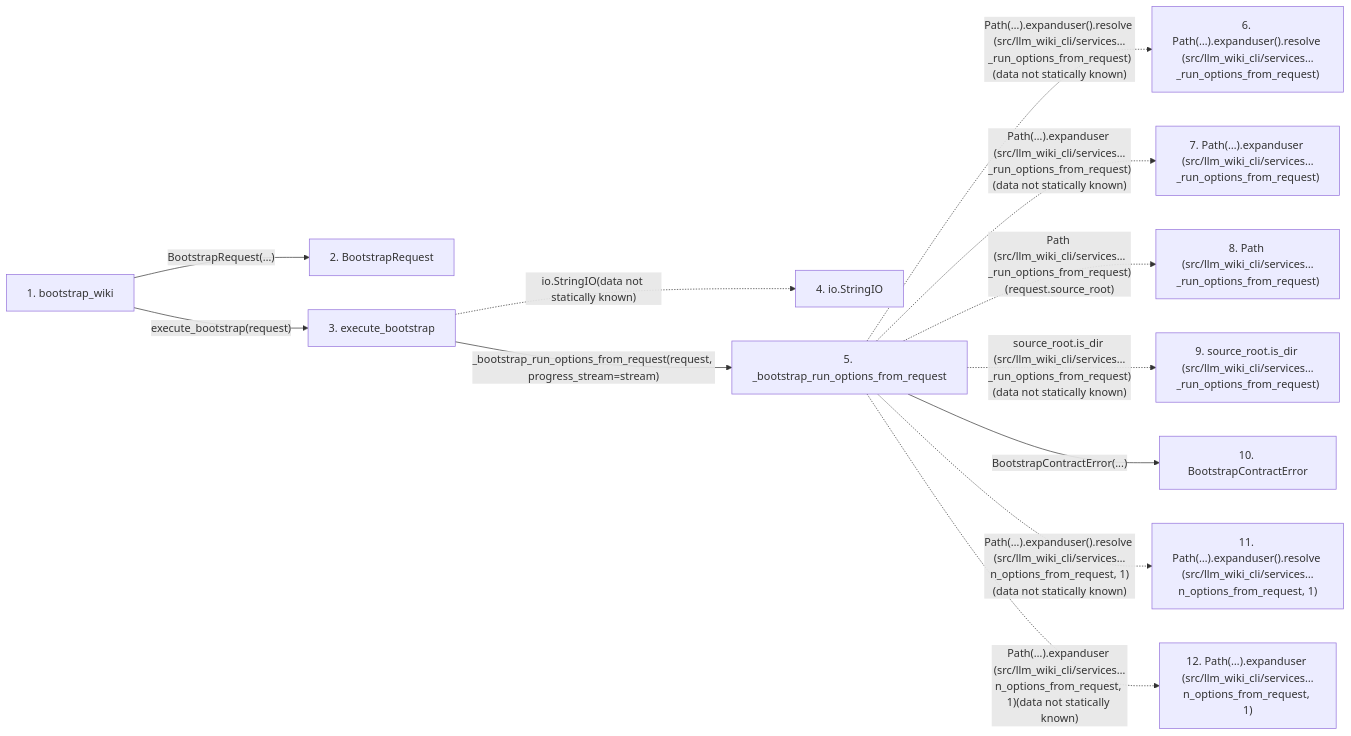
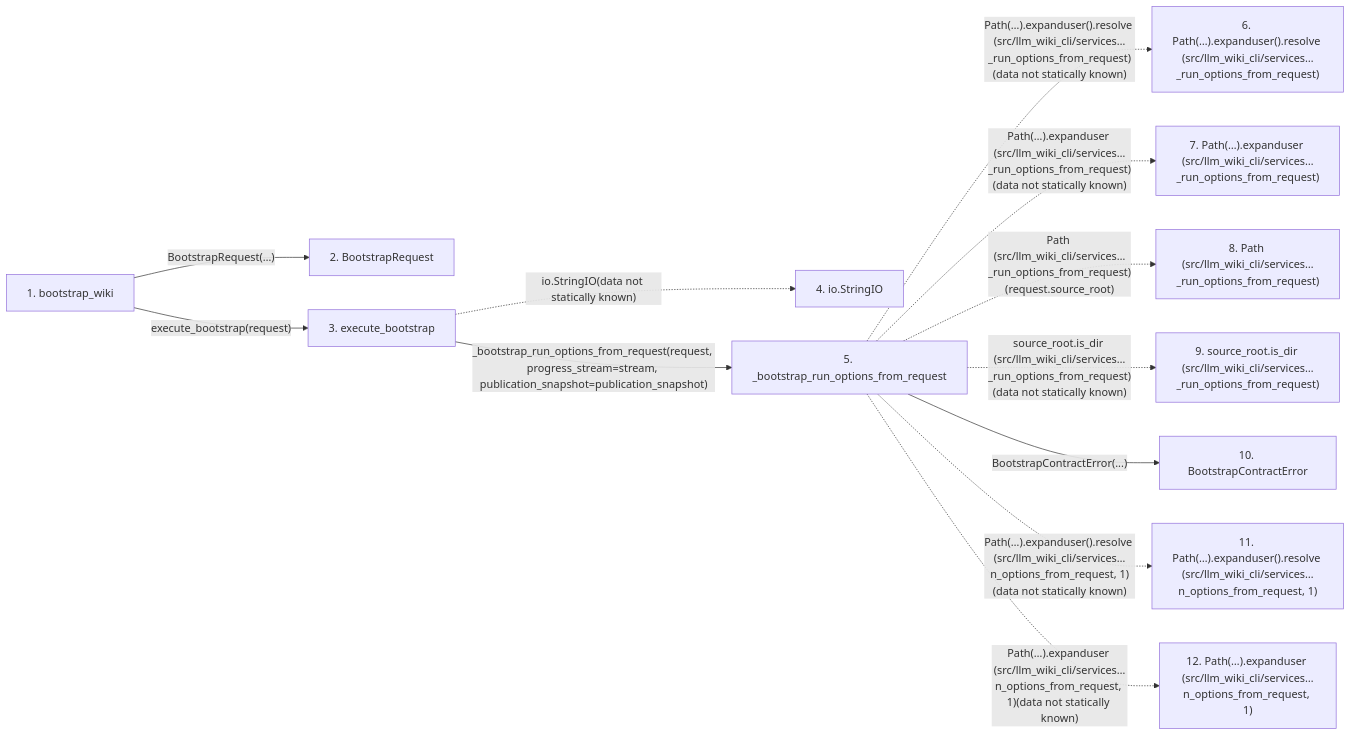
One commit to Denissvgn/python-wiki-llm changed the second of 2 diagrams in docs/llm_wiki/flows/api-bootstrap_wiki.md. Above: the diagram before and after it, drawn with Mermaid. The commit also changed other lines of this file and 257 other files, not shown here.

````diff
--- a/docs/llm_wiki/flows/api-bootstrap_wiki.md
+++ b/docs/llm_wiki/flows/api-bootstrap_wiki.md
@@ -183,31 +183,31 @@
 ```mermaid
 flowchart LR
     s1["1. bootstrap_wiki"]
     s2["2. BootstrapRequest"]
     s3["3. execute_bootstrap"]
     s4["4. io.StringIO"]
     s5["5. _bootstrap_run_options_from_request"]
     s6["6. Path(…).expanduser().resolve (src/llm_wiki_cli/services…_run_options_from_request)"]
     s7["7. Path(…).expanduser (src/llm_wiki_cli/services…_run_options_from_request)"]
     s8["8. Path (src/llm_wiki_cli/services…_run_options_from_request)"]
     s9["9. source_root.is_dir (src/llm_wiki_cli/services…_run_options_from_request)"]
     s10["10. BootstrapContractError"]
     s11["11. Path(…).expanduser().resolve (src/llm_wiki_cli/services…n_options_from_request, 1)"]
     s12["12. Path(…).expanduser (src/llm_wiki_cli/services…n_options_from_request, 1)"]
     s1 -->|"BootstrapRequest(…)"| s2
     s1 -->|"execute_bootstrap(request)"| s3
     s3 -. "io.StringIO(data not statically known)" .-> s4
-    s3 -->|"_bootstrap_run_options_from_request(request, progress_stream=stream)"| s5
+    s3 -->|"_bootstrap_run_options_from_request(request, progress_stream=stream, publication_snapshot=publication_snapshot)"| s5
     s5 -. "Path(…).expanduser().resolve (src/llm_wiki_cli/services…_run_options_from_request)(data not statically known)" .-> s6
     s5 -. "Path(…).expanduser (src/llm_wiki_cli/services…_run_options_from_request)(data not statically known)" .-> s7
     s5 -. "Path (src/llm_wiki_cli/services…_run_options_from_request)(request.source_root)" .-> s8
     s5 -. "source_root.is_dir (src/llm_wiki_cli/services…_run_options_from_request)(data not statically known)" .-> s9
     s5 -->|"BootstrapContractError(...)"| s10
     s5 -. "Path(…).expanduser().resolve (src/llm_wiki_cli/services…n_options_from_request, 1)(data not statically known)" .-> s11
     s5 -. "Path(…).expanduser (src/llm_wiki_cli/services…n_options_from_request, 1)(data not statically known)" .-> s12
     click s1 "../modules/api.md"
     click s2 "../modules/bootstrap_service.md"
     click s3 "../modules/bootstrap_runtime.md"
     click s5 "../modules/bootstrap_runtime.md"
     click s10 "../modules/bootstrap_service.md"
 ```
````
